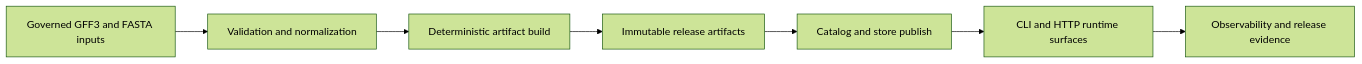
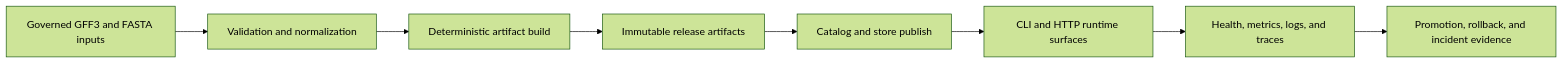
One commit to bijux/bijux-atlas changed the first of 4 diagrams in docs/index.md. Above: the diagram before and after it, drawn with Mermaid (forest theme). The commit also changed other lines of this file and 2 other files, not shown here.

Commit message:
docs(overview): present the Atlas release system

````diff
--- a/docs/index.md
+++ b/docs/index.md
@@ -68,9 +63,10 @@
 ```mermaid
 flowchart LR
     source[Governed GFF3 and FASTA inputs] --> validate[Validation and normalization]
     validate --> build[Deterministic artifact build]
     build --> release[Immutable release artifacts]
     release --> publish[Catalog and store publish]
     publish --> serve[CLI and HTTP runtime surfaces]
-    serve --> observe[Observability and release evidence]
+    serve --> observe[Health, metrics, logs, and traces]
+    observe --> decide[Promotion, rollback, and incident evidence]
 ```
````
